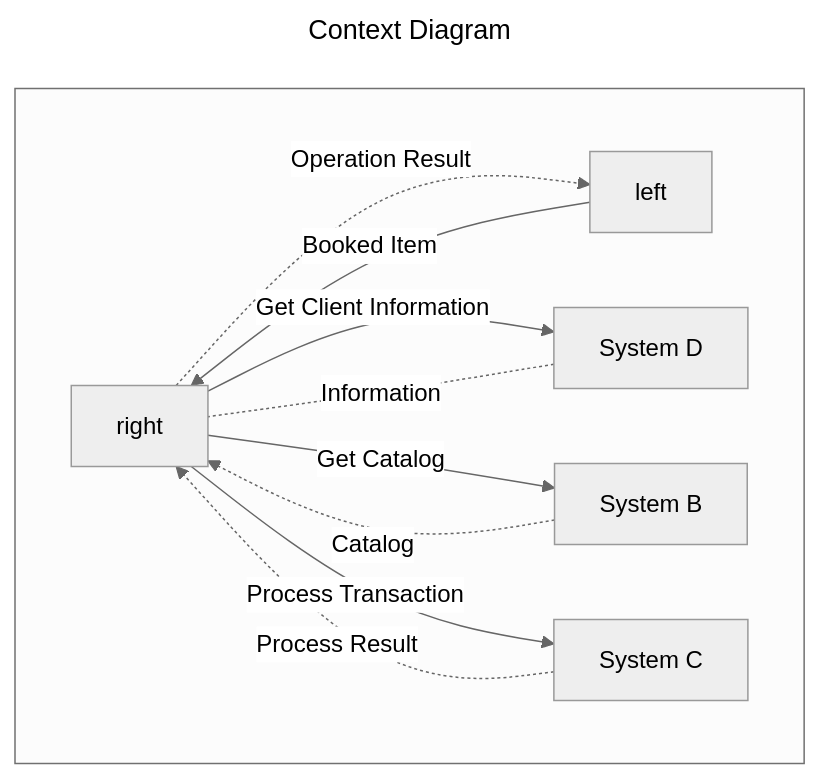
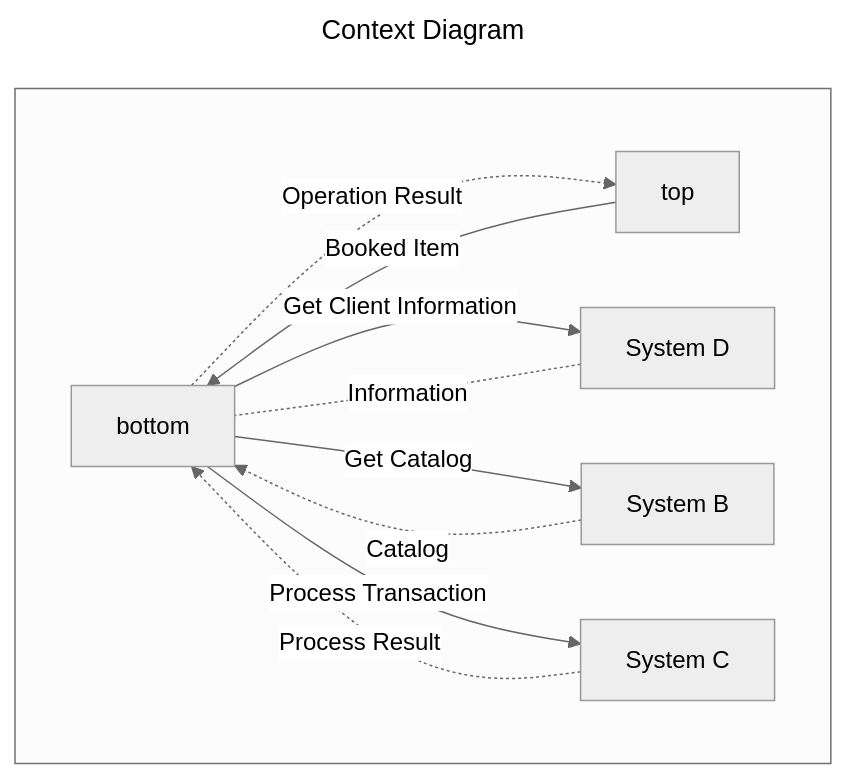
One commit to Kuziomkin/diagrams changed the third of 3 diagrams in mermaid_diagrams.md. Above: the diagram before and after it, drawn with Mermaid.

````diff
--- a/mermaid_diagrams.md
+++ b/mermaid_diagrams.md
@@ -42,30 +42,30 @@
 ```mermaid
 ---
 title: Context Diagram
 config:
   layout: dagre
   look: classic
   theme: neutral
 ---
     flowchart TD
         %% define components
         A(((System A)))
         B[System B]
         C[System C]
         D[System D]
         E[System E]
 
         subgraph " "
             direction LR
             %% define relationships
-            E[left] -- Booked Item --> A[right]
+            E[top] -- Booked Item --> A[bottom]
             A -.Operation Result.-> E
             A --Get Client Information--> D
             D -.Information.- A
             A -- Get Catalog--> B
             B -. Catalog .-> A
             A --Process Transaction--> C
             C -.Process Result.->A
         end
 
 ```
````
